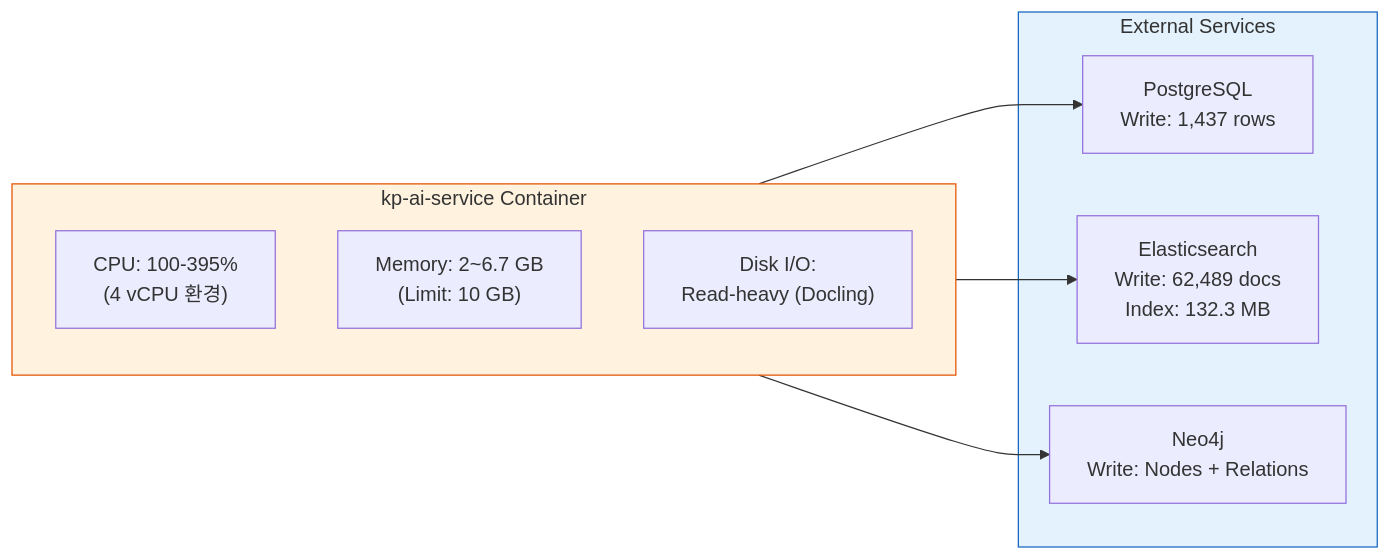
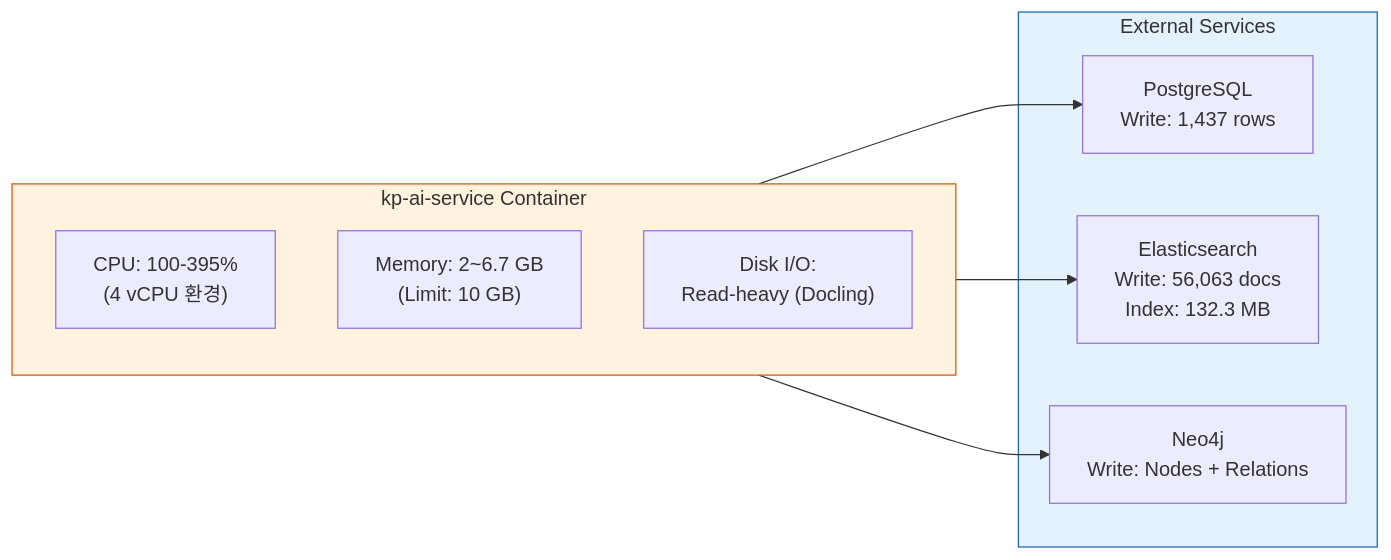
The eighth of 11 diagrams in knowledge_service/docs/07_maintenance/28_etl_phase1_final_report.md (k82022603/hybrid-rag-knowledge-ops), drawn with Mermaid before and after one commit. The commit also changed other lines of this file and 4 other files, not shown here.

````diff
--- a/knowledge_service/docs/07_maintenance/28_etl_phase1_final_report.md
+++ b/knowledge_service/docs/07_maintenance/28_etl_phase1_final_report.md
@@ -258,21 +258,21 @@
 ```mermaid
 flowchart LR
     subgraph Container["kp-ai-service Container"]
         CPU["CPU: 100-395%<br/>(4 vCPU 환경)"]
         MEM["Memory: 2~6.7 GB<br/>(Limit: 10 GB)"]
         DISK["Disk I/O:<br/>Read-heavy (Docling)"]
     end
 
     subgraph External["External Services"]
         PG_SVC["PostgreSQL<br/>Write: 1,437 rows"]
-        ES_SVC["Elasticsearch<br/>Write: 62,489 docs<br/>Index: 132.3 MB"]
+        ES_SVC["Elasticsearch<br/>Write: 56,063 docs<br/>Index: 132.3 MB"]
         NEO_SVC["Neo4j<br/>Write: Nodes + Relations"]
     end
 
     Container --> PG_SVC
     Container --> ES_SVC
     Container --> NEO_SVC
 
     style Container fill:#fff3e0,stroke:#e65100
     style External fill:#e3f2fd,stroke:#1565c0
 ```
````
